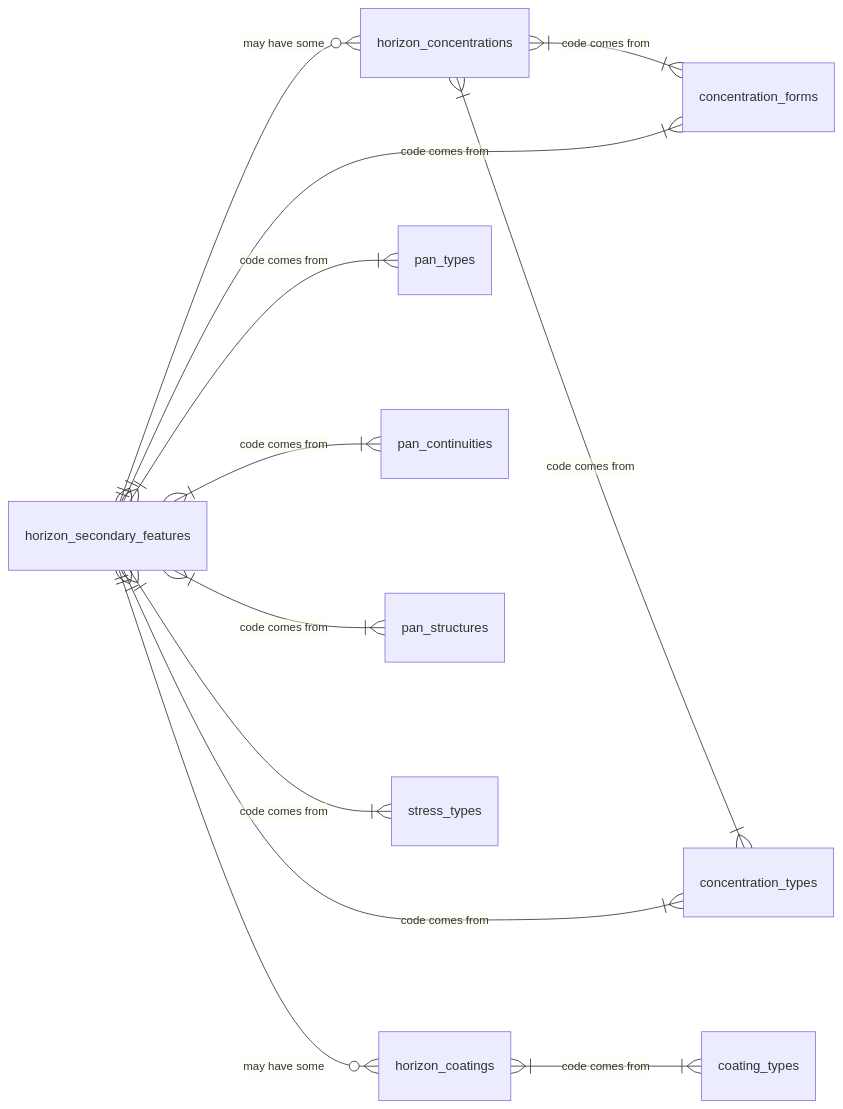
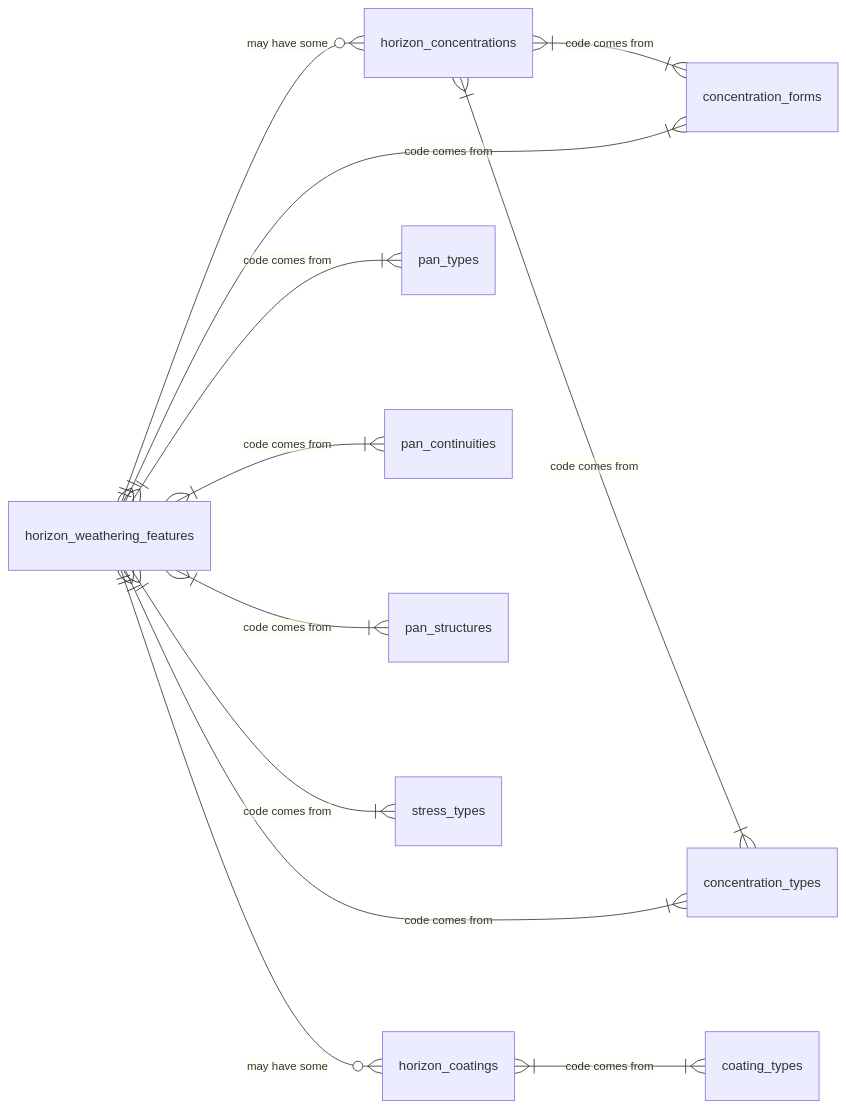
One commit to manaakiwhenua/NZ_soildesc_2024 changed diagram 16 of 27 in ap_03_database_design.qmd. Above: the diagram before and after it, drawn with Mermaid. The commit also changed other lines of this file, not shown here.

````diff
--- a/ap_03_database_design.qmd
+++ b/ap_03_database_design.qmd
@@ -1438,19 +1482,19 @@
 ```{mermaid}
 %%| label: fig-mhorseco
-%%| fig-cap: "Horizon secondary features - Overview"
+%%| fig-cap: "Horizon weathering features - Overview"
 
 erDiagram
   direction LR
-  horizon_secondary_features ||--o{ "horizon_concentrations" : "may have some"
+  horizon_weathering_features ||--o{ "horizon_concentrations" : "may have some"
   horizon_concentrations }|--|{ concentration_forms : "code comes from"
   horizon_concentrations }|--|{ concentration_types : "code comes from"
-  horizon_secondary_features ||--o{ "horizon_coatings" : "may have some"
+  horizon_weathering_features ||--o{ "horizon_coatings" : "may have some"
   horizon_coatings }|--|{ coating_types : "code comes from"
-  horizon_secondary_features }|--|{ concentration_forms : "code comes from"
-  horizon_secondary_features }|--|{ concentration_types : "code comes from"
-  horizon_secondary_features }|--|{ pan_types : "code comes from"
-  horizon_secondary_features }|--|{ pan_continuities : "code comes from"
-  horizon_secondary_features }|--|{ pan_structures : "code comes from"
-  horizon_secondary_features }|--|{ stress_types : "code comes from"
+  horizon_weathering_features }|--|{ concentration_forms : "code comes from"
+  horizon_weathering_features }|--|{ concentration_types : "code comes from"
+  horizon_weathering_features }|--|{ pan_types : "code comes from"
+  horizon_weathering_features }|--|{ pan_continuities : "code comes from"
+  horizon_weathering_features }|--|{ pan_structures : "code comes from"
+  horizon_weathering_features }|--|{ stress_types : "code comes from"
 
 ```
````
